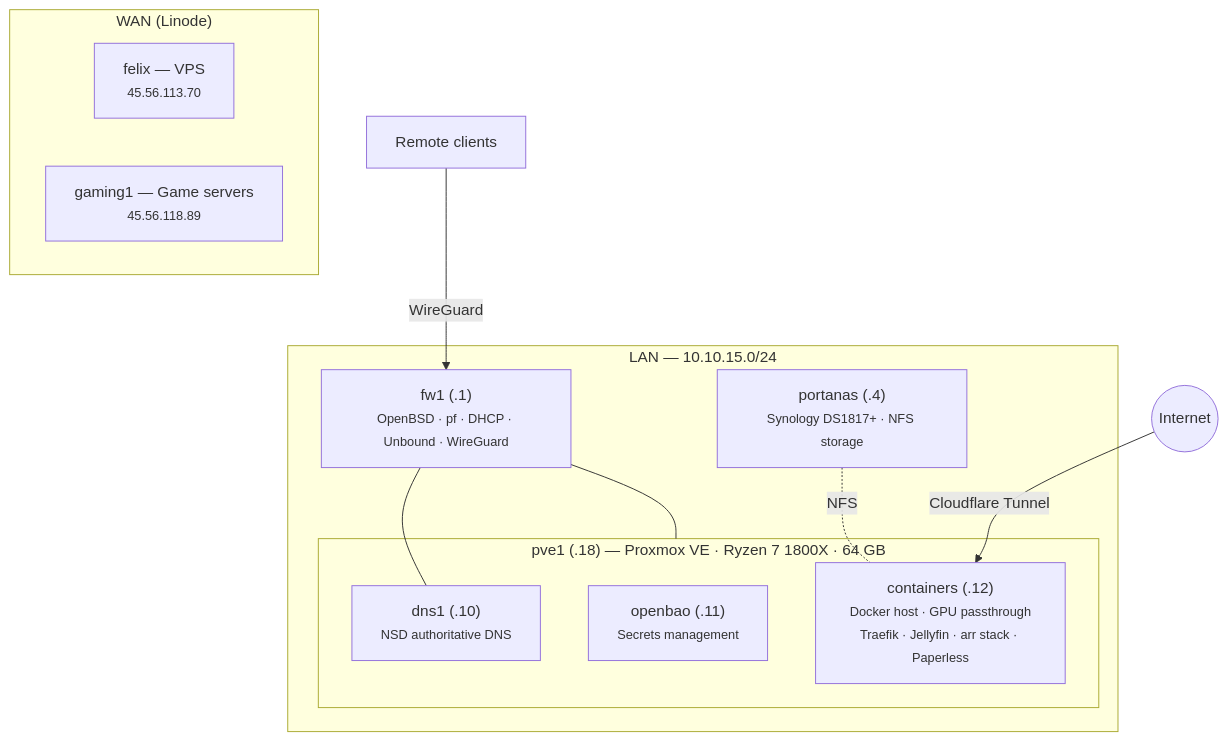
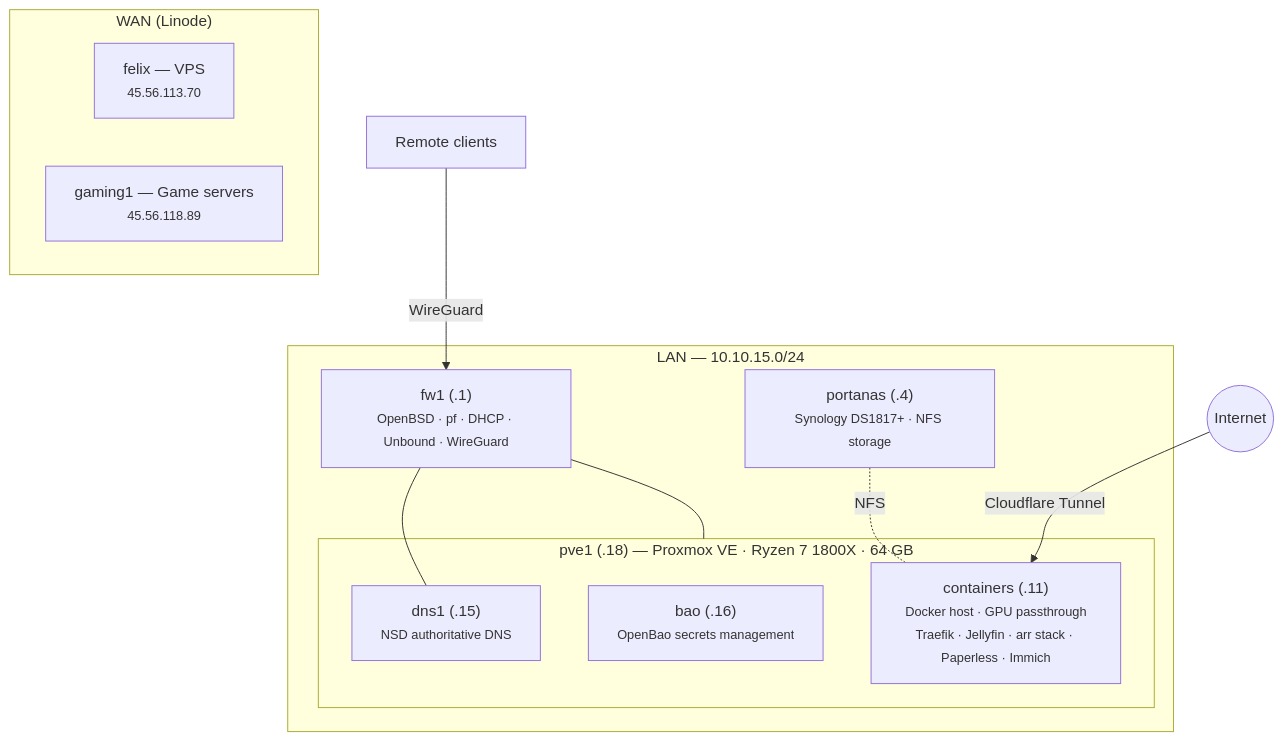
The diagram in docs/hardware.md (cwage/homelab), drawn with Mermaid before and after one commit. The commit also changed other lines of this file, not shown here.

````diff
--- a/docs/hardware.md
+++ b/docs/hardware.md
@@ -7,28 +7,28 @@
 ```mermaid
 graph TD
     internet(("Internet"))
 
     subgraph WAN["WAN (Linode)"]
         felix["felix — VPS<br/><small>45.56.113.70</small>"]
         gaming1["gaming1 — Game servers<br/><small>45.56.118.89</small>"]
     end
 
     subgraph LAN["LAN — 10.10.15.0/24"]
         fw1["fw1 (.1)<br/><small>OpenBSD · pf · DHCP · Unbound · WireGuard</small>"]
         portanas["portanas (.4)<br/><small>Synology DS1817+ · NFS storage</small>"]
 
         subgraph pve1["pve1 (.18) — Proxmox VE · Ryzen 7 1800X · 64 GB"]
-            dns1["dns1 (.10)<br/><small>NSD authoritative DNS</small>"]
-            openbao["openbao (.11)<br/><small>Secrets management</small>"]
-            containers["containers (.12)<br/><small>Docker host · GPU passthrough</small><br/><small>Traefik · Jellyfin · arr stack · Paperless</small>"]
+            dns1["dns1 (.15)<br/><small>NSD authoritative DNS</small>"]
+            bao["bao (.16)<br/><small>OpenBao secrets management</small>"]
+            containers["containers (.11)<br/><small>Docker host · GPU passthrough</small><br/><small>Traefik · Jellyfin · arr stack · Paperless · Immich</small>"]
         end
     end
 
     vpn_clients["Remote clients"]
 
     internet -->|Cloudflare Tunnel| containers
     vpn_clients -->|WireGuard| fw1
     fw1 --- pve1
     portanas -.-|NFS| containers
     fw1 --- dns1
 ```
````
